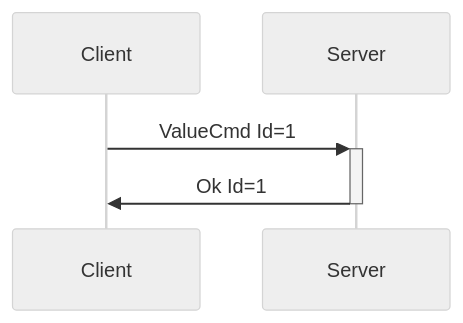
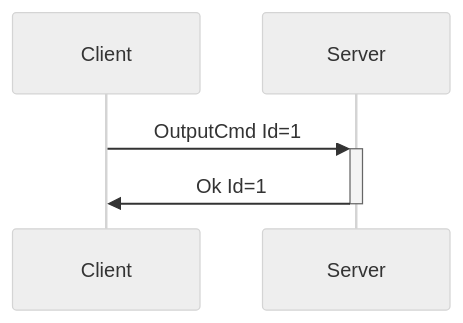
The diagram in docs/spec/output.md (buttplugio/docs.buttplug.io), drawn with Mermaid (neutral theme) before and after one commit. The commit also changed other lines of this file, not shown here.

Commit message:
Add OutputCmd

````diff
--- a/docs/spec/output.md
+++ b/docs/spec/output.md
@@ -49,5 +49,5 @@
 ```mermaid
 sequenceDiagram
-    Client->>+Server: ValueCmd Id=1
+    Client->>+Server: OutputCmd Id=1
     Server->>-Client: Ok Id=1
 ```
````
